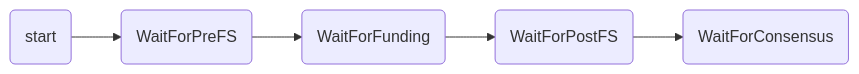
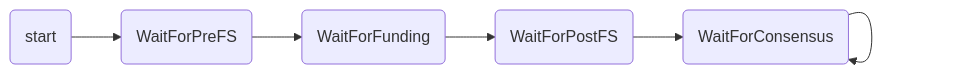
Before and after one commit to magmo/apps: the second of 4 diagrams in packages/wallet/notes/indirect_funding_proposal.md, drawn with Mermaid. The commit also changed other lines of this file, not shown here.

````diff
--- a/packages/wallet/notes/indirect_funding_proposal.md
+++ b/packages/wallet/notes/indirect_funding_proposal.md
@@ -49,7 +50,8 @@
 ```mermaid
 graph LR
   S(start) --> W(WaitForPreFS)
   W --> WFF(WaitForFunding)
   WFF --> WFC(WaitForPostFS)
   WFC --> WFCon(WaitForConsensus)
+  WFCon(WaitForConsensus) --> WFCon(WaitForConsensus)
 ```
````
